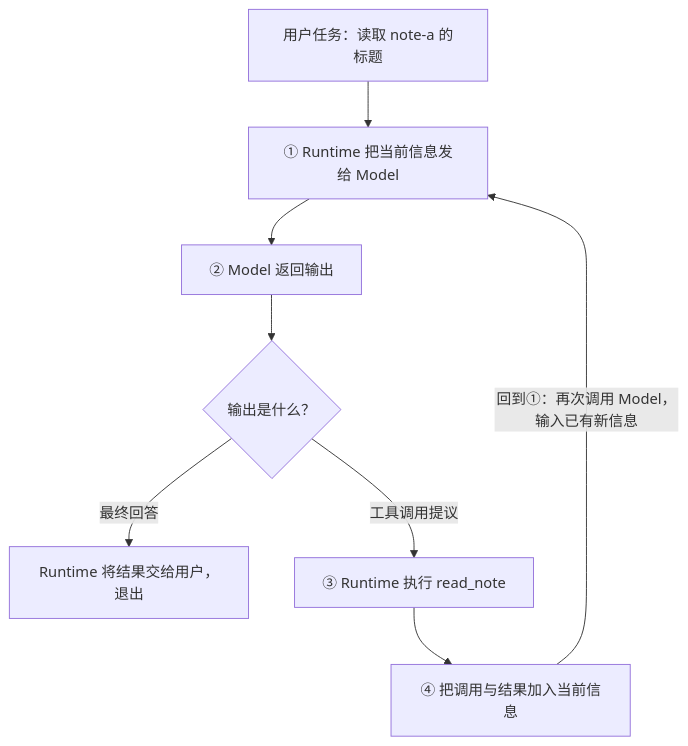
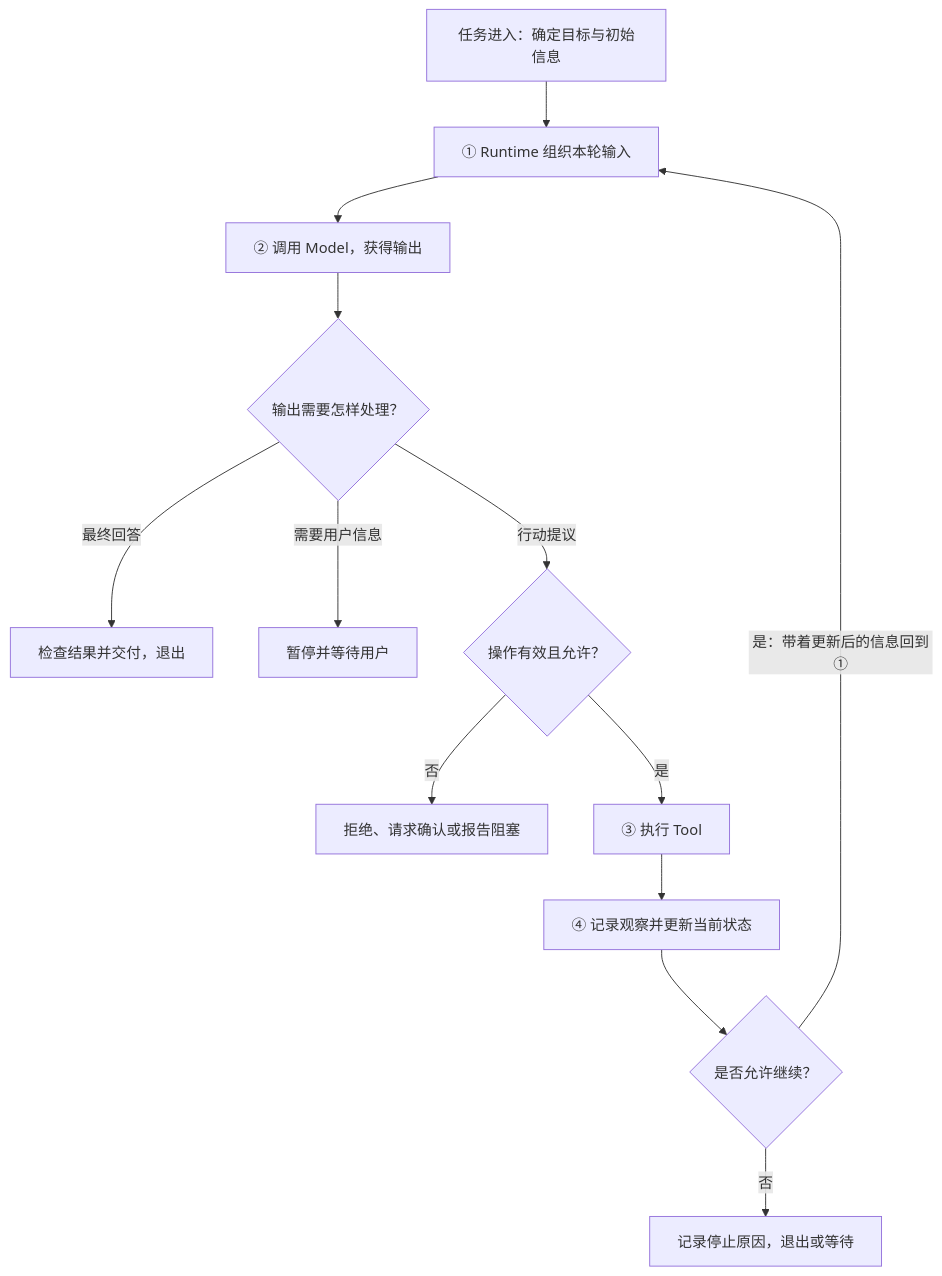
One commit to Cypher-hey/footprint changed the third of 4 diagrams in docs/note/ai/03-agent-loop.md. Above: the diagram before and after it, drawn with Mermaid. The commit also changed other lines of this file, not shown here.

````diff
--- a/docs/note/ai/03-agent-loop.md
+++ b/docs/note/ai/03-agent-loop.md
@@ -119,10 +155,15 @@
 ```mermaid
 flowchart TD
-    U["用户任务：读取 note-a 的标题"] --> A["① Runtime 把当前信息发给 Model"]
-    A --> B["② Model 返回输出"]
-    B --> D{"输出是什么？"}
-    D -->|"最终回答"| F["Runtime 将结果交给用户，退出"]
-    D -->|"工具调用提议"| T["③ Runtime 执行 read_note"]
-    T --> H["④ 把调用与结果加入当前信息"]
-    H -->|"回到①：再次调用 Model，输入已有新信息"| A
+    G["任务进入：确定目标与初始信息"] --> C["① Runtime 组织本轮输入"]
+    C --> M["② 调用 Model，获得输出"]
+    M --> D{"输出需要怎样处理？"}
+    D -->|"最终回答"| F["检查结果并交付，退出"]
+    D -->|"需要用户信息"| W["暂停并等待用户"]
+    D -->|"行动提议"| P{"操作有效且允许？"}
+    P -->|"否"| B["拒绝、请求确认或报告阻塞"]
+    P -->|"是"| A["③ 执行 Tool"]
+    A --> O["④ 记录观察并更新当前状态"]
+    O --> S{"是否允许继续？"}
+    S -->|"是：带着更新后的信息回到①"| C
+    S -->|"否"| X["记录停止原因，退出或等待"]
 ```
````
